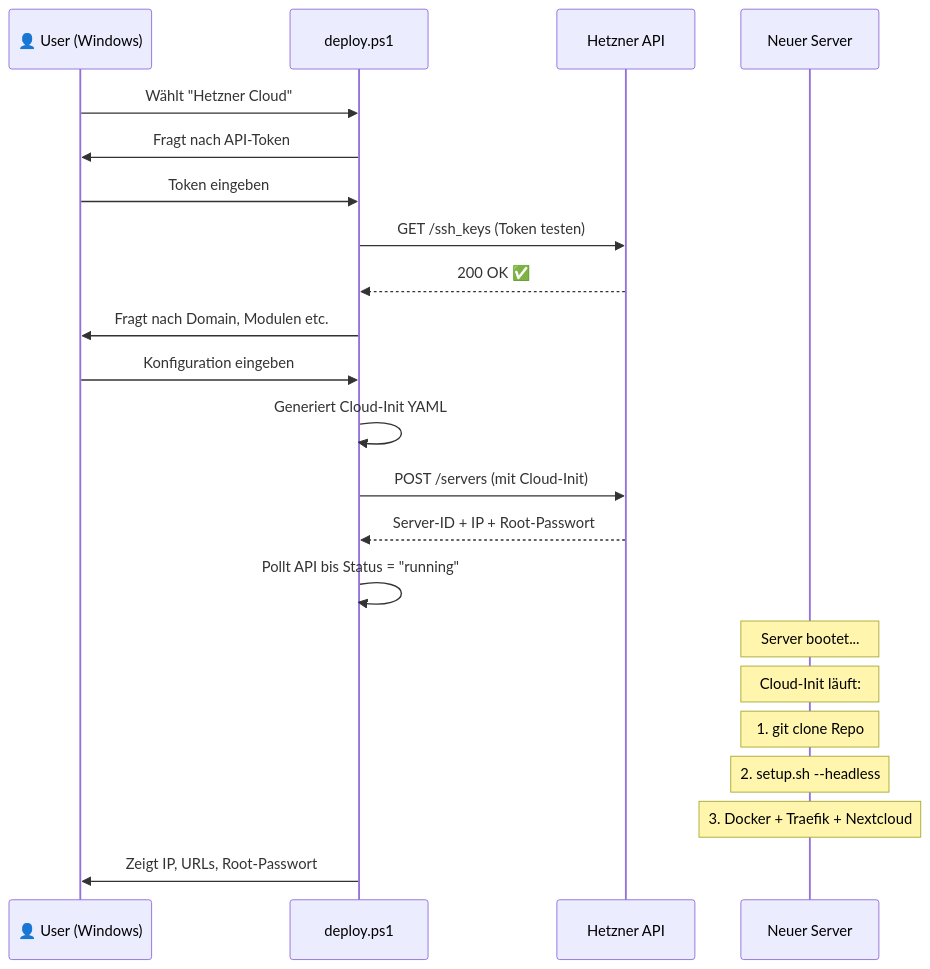
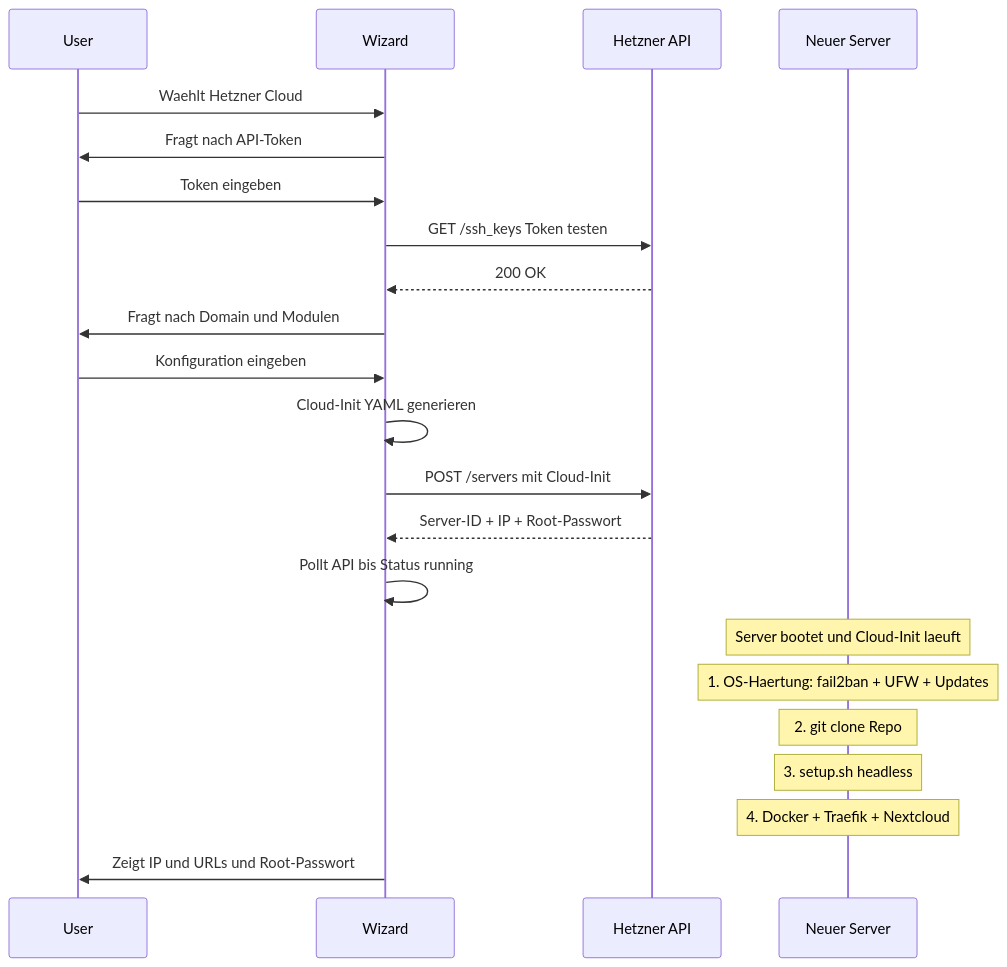
The second of 6 diagrams in docs/architektur-uebersicht.md (DPSG-Eschborn/infrastructure-configs), drawn with Mermaid before and after one commit. The commit also changed other lines of this file, not shown here.

Commit message:
docs: updated architecture docs

````diff
--- a/docs/architektur-uebersicht.md
+++ b/docs/architektur-uebersicht.md
@@ -70,30 +81,30 @@
 ```mermaid
 sequenceDiagram
-    participant U as 👤 User (Windows)
-    participant PS as deploy.ps1
+    participant U as User
+    participant W as Wizard
     participant API as Hetzner API
     participant SRV as Neuer Server
-    
-    U->>PS: Wählt "Hetzner Cloud"
-    PS->>U: Fragt nach API-Token
-    U->>PS: Token eingeben
-    PS->>API: GET /ssh_keys (Token testen)
-    API-->>PS: 200 OK ✅
-    
-    PS->>U: Fragt nach Domain, Modulen etc.
-    U->>PS: Konfiguration eingeben
-    
-    PS->>PS: Generiert Cloud-Init YAML
-    PS->>API: POST /servers (mit Cloud-Init)
-    API-->>PS: Server-ID + IP + Root-Passwort
-    
-    PS->>PS: Pollt API bis Status = "running"
-    
-    Note over SRV: Server bootet...
-    Note over SRV: Cloud-Init läuft:
-    Note over SRV: 1. git clone Repo
-    Note over SRV: 2. setup.sh --headless
-    Note over SRV: 3. Docker + Traefik + Nextcloud
-    
-    PS->>U: Zeigt IP, URLs, Root-Passwort
+
+    U->>W: Waehlt Hetzner Cloud
+    W->>U: Fragt nach API-Token
+    U->>W: Token eingeben
+    W->>API: GET /ssh_keys Token testen
+    API-->>W: 200 OK
+
+    W->>U: Fragt nach Domain und Modulen
+    U->>W: Konfiguration eingeben
+
+    W->>W: Cloud-Init YAML generieren
+    W->>API: POST /servers mit Cloud-Init
+    API-->>W: Server-ID + IP + Root-Passwort
+
+    W->>W: Pollt API bis Status running
+
+    Note over SRV: Server bootet und Cloud-Init laeuft
+    Note over SRV: 1. OS-Haertung: fail2ban + UFW + Updates
+    Note over SRV: 2. git clone Repo
+    Note over SRV: 3. setup.sh headless
+    Note over SRV: 4. Docker + Traefik + Nextcloud
+
+    W->>U: Zeigt IP und URLs und Root-Passwort
 ```
````
